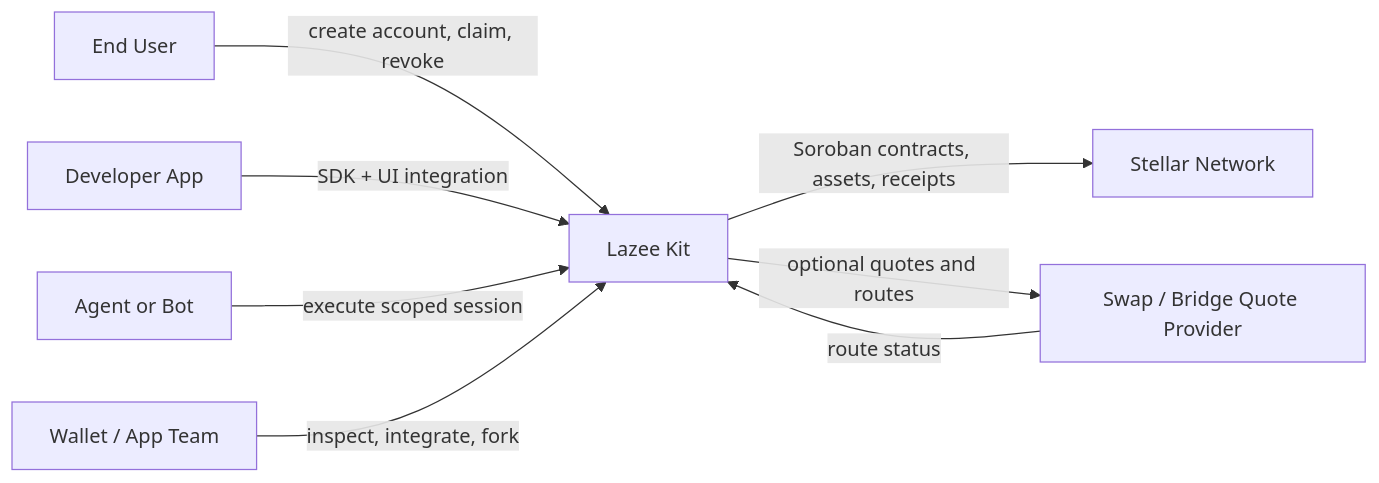
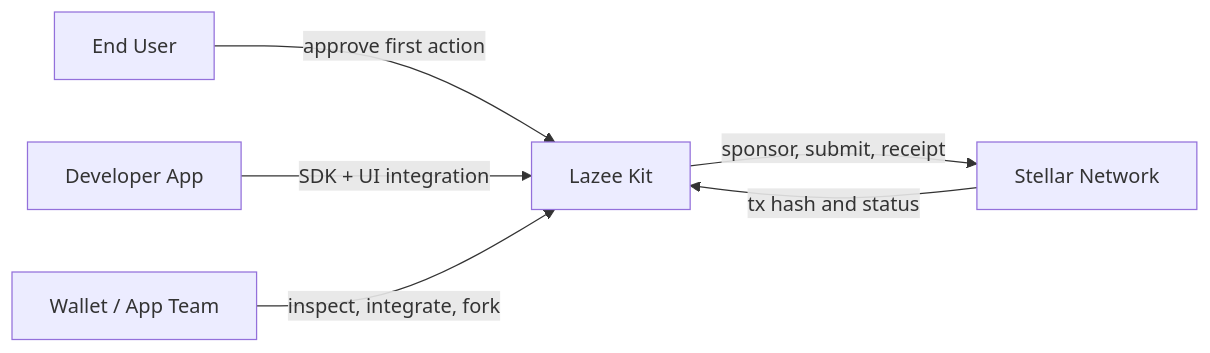
One commit to hien-p/lazee-kit changed the diagram in diagrams/system-context.mmd. Above: the diagram before and after it, drawn with Mermaid. The commit also changed 45 other files, not shown here.

```diff
--- a/diagrams/system-context.mmd
+++ b/diagrams/system-context.mmd
@@ -1,16 +1,12 @@
 flowchart LR
   User["End User"]
   Dev["Developer App"]
-  Agent["Agent or Bot"]
   Wallet["Wallet / App Team"]
   Lazee["Lazee Kit"]
   Stellar["Stellar Network"]
-  Provider["Swap / Bridge Quote Provider"]
 
-  User -->|"create account, claim, revoke"| Lazee
+  User -->|"approve first action"| Lazee
   Dev -->|"SDK + UI integration"| Lazee
-  Agent -->|"execute scoped session"| Lazee
   Wallet -->|"inspect, integrate, fork"| Lazee
-  Lazee -->|"Soroban contracts, assets, receipts"| Stellar
-  Lazee -->|"optional quotes and routes"| Provider
-  Provider -->|"route status"| Lazee
+  Lazee -->|"sponsor, submit, receipt"| Stellar
+  Stellar -->|"tx hash and status"| Lazee
```
